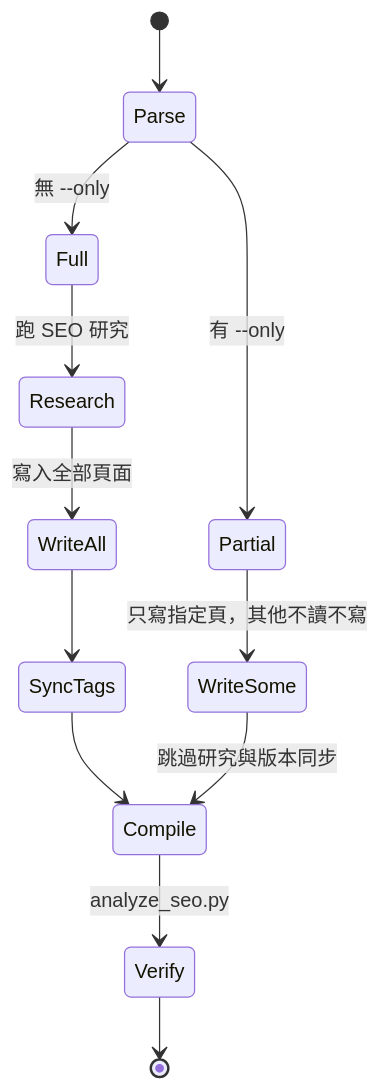
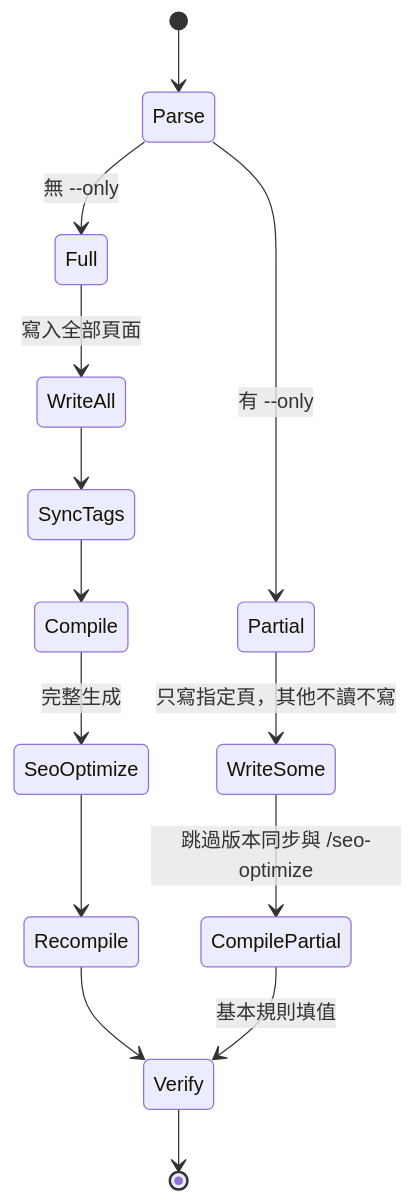
One commit to agenvoy/skill-wiki-generate changed the ninth of 9 diagrams in doc/architecture.zh.md. Above: the diagram before and after it, drawn with Mermaid. The commit also changed other lines of this file and 13 other files, not shown here.

Commit message:
breaking: Delegate SEO to /seo-optimize and remove built-in SEO scripts

````diff
--- a/doc/architecture.zh.md
+++ b/doc/architecture.zh.md
@@ -160,14 +187,16 @@
 ```mermaid
 stateDiagram-v2
     [*] --> Parse
     Parse --> Full: 無 --only
     Parse --> Partial: 有 --only
-    Full --> Research: 跑 SEO 研究
-    Research --> WriteAll: 寫入全部頁面
+    Full --> WriteAll: 寫入全部頁面
     WriteAll --> SyncTags
     SyncTags --> Compile
+    Compile --> SeoOptimize: 完整生成
+    SeoOptimize --> Recompile
+    Recompile --> Verify
     Partial --> WriteSome: 只寫指定頁，其他不讀不寫
-    WriteSome --> Compile: 跳過研究與版本同步
-    Compile --> Verify: analyze_seo.py
+    WriteSome --> CompilePartial: 跳過版本同步與 /seo-optimize
+    CompilePartial --> Verify: 基本規則填值
     Verify --> [*]
 ```
````
